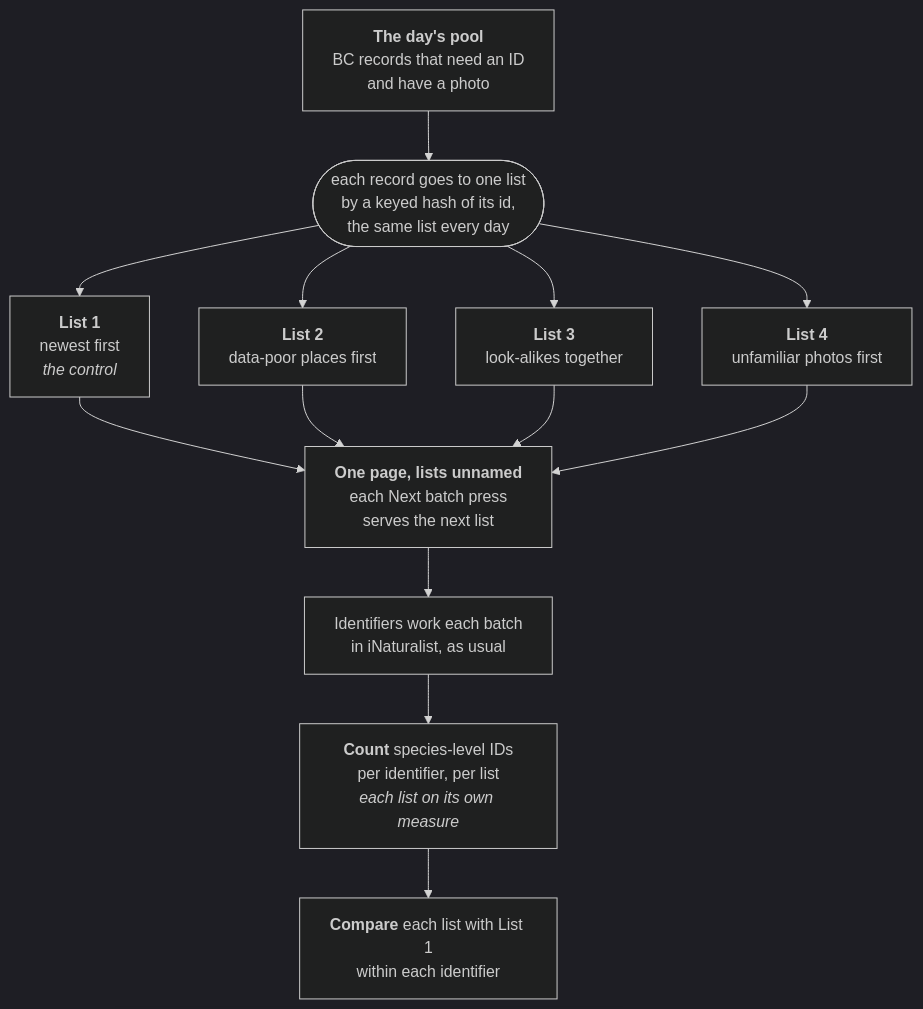
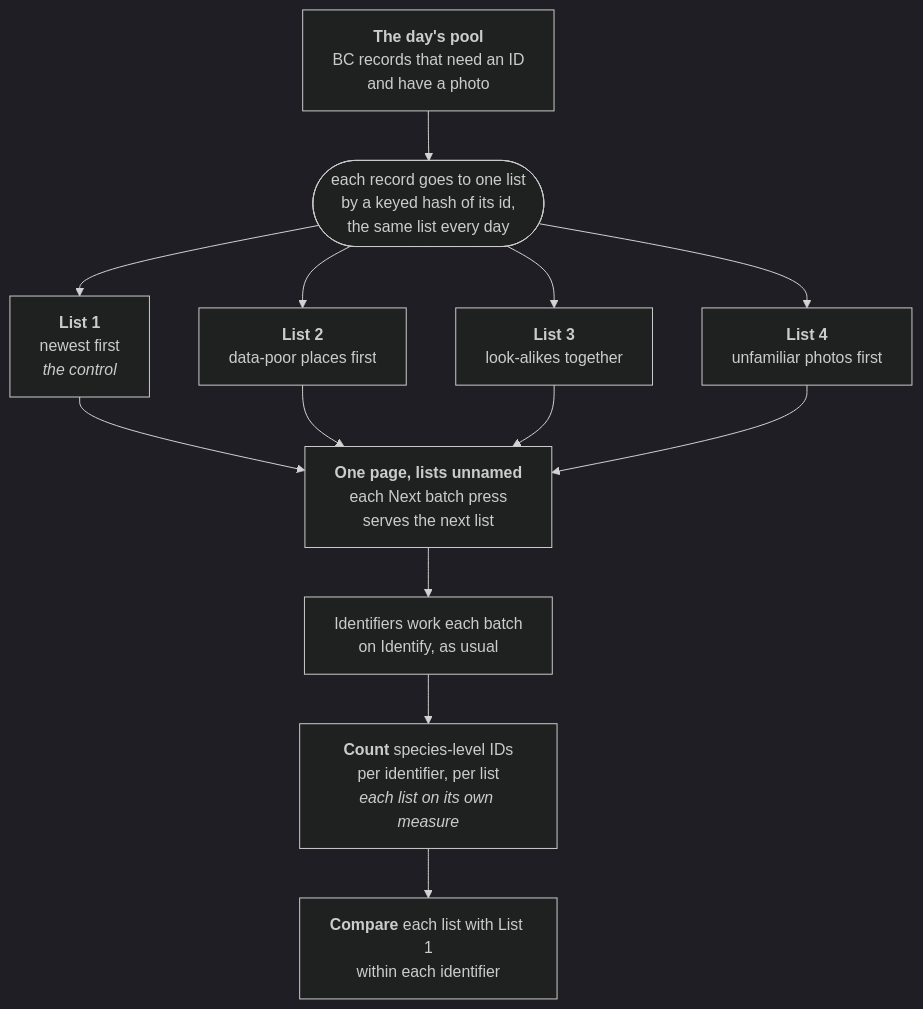
One commit to PollockLab/what-to-id changed the diagram in README.md. Above: the diagram before and after it, drawn with Mermaid (dark theme). The commit also changed other lines of this file and 29 other files, not shown here.

````diff
--- a/README.md
+++ b/README.md
@@ -34,16 +34,16 @@
 ```mermaid
 flowchart TB
   pool["<b>The day's pool</b><br/>BC records that need an ID<br/>and have a photo"]
   split(["`each record goes to one list 
   by a keyed hash of its id, 
   the same list every day`"])
   pool --> split
   split --> L1["<b>List 1</b><br/>newest first<br/><i>the control</i>"]
   split --> L2["<b>List 2</b><br/>data-poor places first"]
   split --> L3["<b>List 3</b><br/>look-alikes together"]
   split --> L4["<b>List 4</b><br/>unfamiliar photos first"]
   L1 & L2 & L3 & L4 --> page["<b>One page, lists unnamed</b><br/>each Next batch press<br/>serves the next list"]
-  page --> work["Identifiers work each batch<br/>in iNaturalist, as usual"]
+  page --> work["Identifiers work each batch<br/>on Identify, as usual"]
   work --> count["<b>Count</b> species-level IDs<br/>per identifier, per list<br/><i>each list on its own measure</i>"]
   count --> cmp["<b>Compare</b> each list with List 1<br/>within each identifier"]
 ```
````
